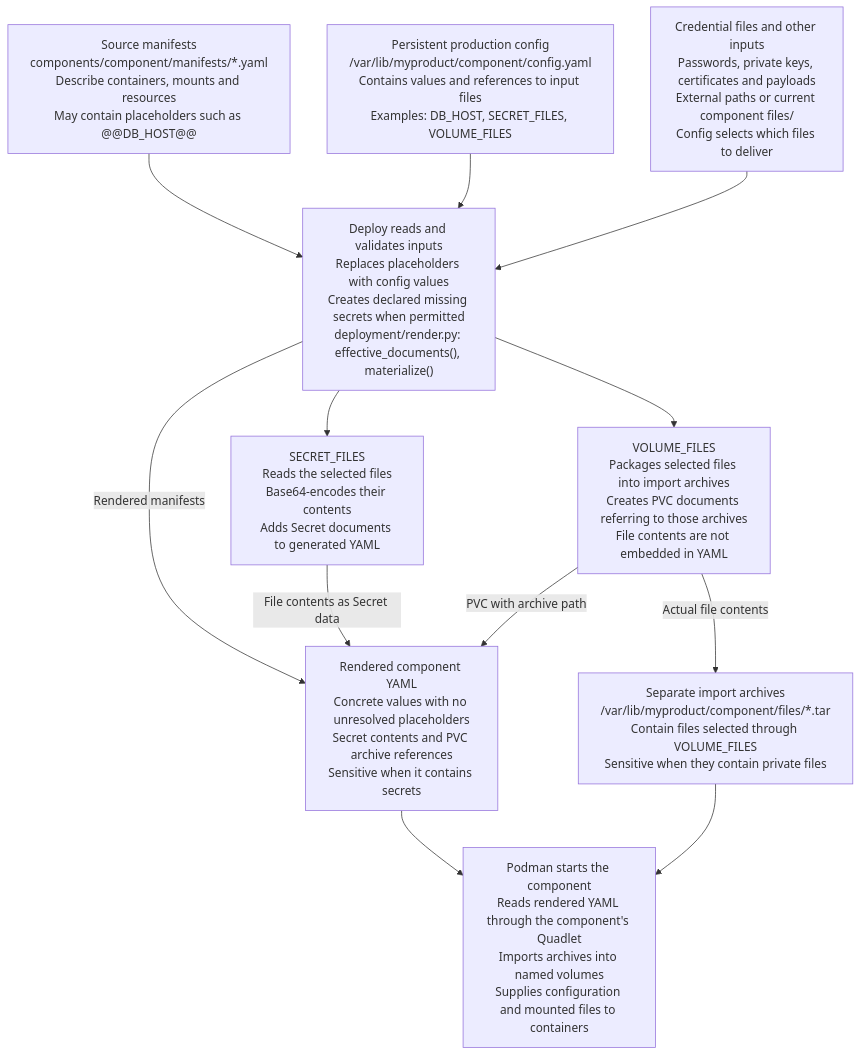
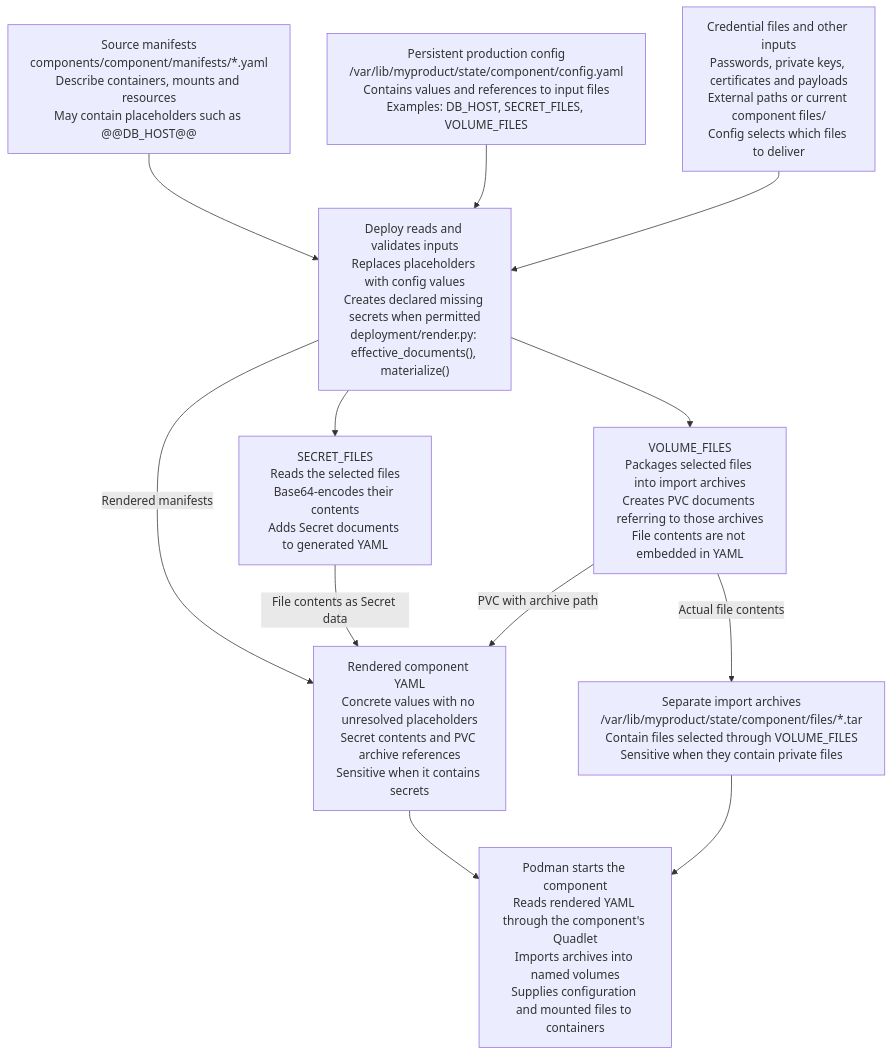
One commit to gunstein/podman_offline changed the first of 3 diagrams in README.md. Above: the diagram before and after it, drawn with Mermaid. The commit also changed other lines of this file and 23 other files, not shown here.

````diff
--- a/README.md
+++ b/README.md
@@ -695,59 +694,59 @@
 ```mermaid
 flowchart TD
     MANIFEST["`Source manifests
     components/component/manifests/*.yaml
     Describe containers, mounts and resources
     May contain placeholders such as @@DB_HOST@@`"]
 
     CONFIG["`Persistent production config
-    /var/lib/myproduct/component/config.yaml
+    /var/lib/myproduct/state/component/config.yaml
     Contains values and references to input files
     Examples: DB_HOST, SECRET_FILES, VOLUME_FILES`"]
 
     FILES["`Credential files and other inputs
     Passwords, private keys, certificates and payloads
     External paths or current component files/
     Config selects which files to deliver`"]
 
     RENDER["`Deploy reads and validates inputs
     Replaces placeholders with config values
     Creates declared missing secrets when permitted
     deployment/render.py: effective_documents(), materialize()`"]
 
     SECRET["`SECRET_FILES
     Reads the selected files
     Base64-encodes their contents
     Adds Secret documents to generated YAML`"]
 
     VOLUME["`VOLUME_FILES
     Packages selected files into import archives
     Creates PVC documents referring to those archives
     File contents are not embedded in YAML`"]
 
     YAML["`Rendered component YAML
     Concrete values with no unresolved placeholders
     Secret contents and PVC archive references
     Sensitive when it contains secrets`"]
 
     ARCHIVE["`Separate import archives
-    /var/lib/myproduct/component/files/*.tar
+    /var/lib/myproduct/state/component/files/*.tar
     Contain files selected through VOLUME_FILES
     Sensitive when they contain private files`"]
 
     PODMAN["`Podman starts the component
     Reads rendered YAML through the component's Quadlet
     Imports archives into named volumes
     Supplies configuration and mounted files to containers`"]
 
     MANIFEST --> RENDER
     CONFIG --> RENDER
     FILES --> RENDER
     RENDER -->|Rendered manifests| YAML
     RENDER --> SECRET
     SECRET -->|File contents as Secret data| YAML
     RENDER --> VOLUME
     VOLUME -->|PVC with archive path| YAML
     VOLUME -->|Actual file contents| ARCHIVE
     YAML --> PODMAN
     ARCHIVE --> PODMAN
 ```
````
